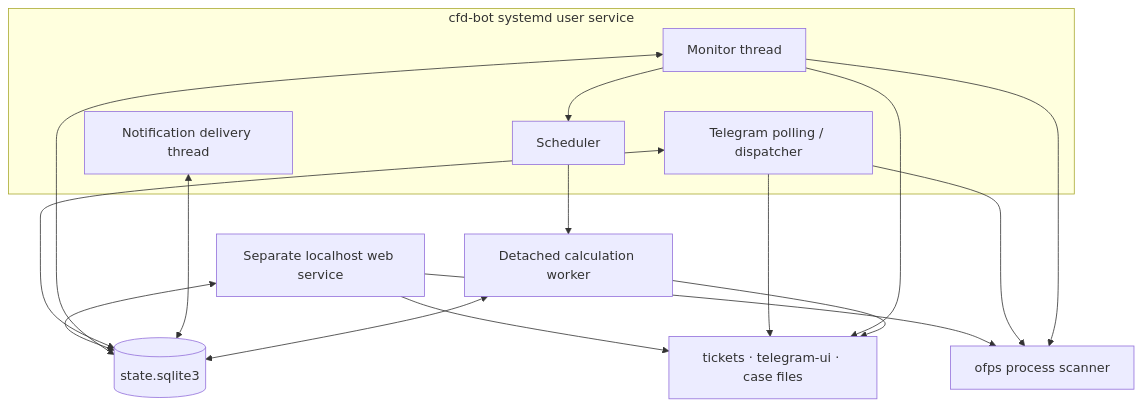
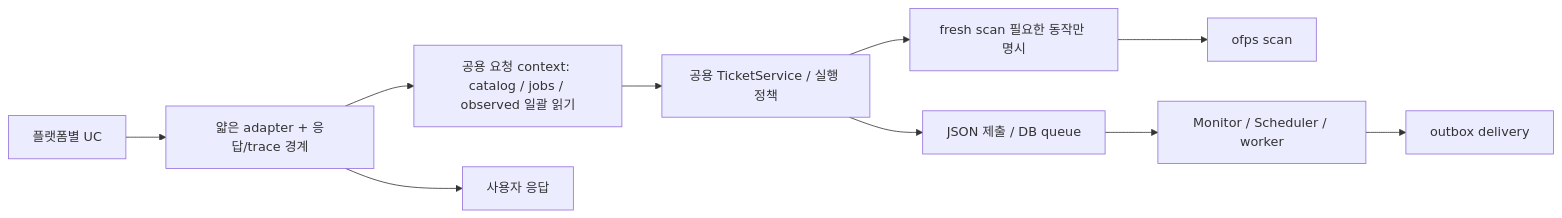
One commit to jo0n-lab/cfd-bot changed the second of 2 diagrams in docs/HLD.md. Above: the diagram before and after it, drawn with Mermaid. The commit also changed other lines of this file and 176 other files, not shown here.

````diff
--- a/docs/HLD.md
+++ b/docs/HLD.md
@@ -118,29 +138,12 @@
 ```mermaid
-flowchart TB
-    subgraph DAEMON[cfd-bot systemd user service]
-        POLL[Telegram polling / dispatcher]
-        MON[Monitor thread]
-        DELIVERY[Notification delivery thread]
-        SCHED[Scheduler]
-    end
-
-    WORKER[Detached calculation worker]
-    OFPS[ofps process scanner]
-    SQLITE[(state.sqlite3)]
-    FILES[tickets · telegram-ui · case files]
-    WEB[Separate localhost web service] --> FILES
-    WEB <--> SQLITE
-    WEB --> OFPS
-
-    POLL <--> SQLITE
-    MON <--> SQLITE
-    DELIVERY <--> SQLITE
-    MON --> SCHED
-    SCHED --> WORKER
-    POLL --> OFPS
-    MON --> OFPS
-    WORKER <--> SQLITE
-    POLL --> FILES
-    MON --> FILES
-    WORKER --> FILES
+flowchart LR
+    U[플랫폼별 UC] --> A[얇은 adapter + 응답/trace 경계]
+    A --> C[공용 요청 context: catalog / jobs / observed 일괄 읽기]
+    C --> D[공용 TicketService / 실행 정책]
+    D --> F[fresh scan 필요한 동작만 명시]
+    D --> Q[JSON 제출 / DB queue]
+    F --> O[ofps scan]
+    Q --> M[Monitor / Scheduler / worker]
+    A --> R[사용자 응답]
+    M --> N[outbox delivery]
 ```
````
